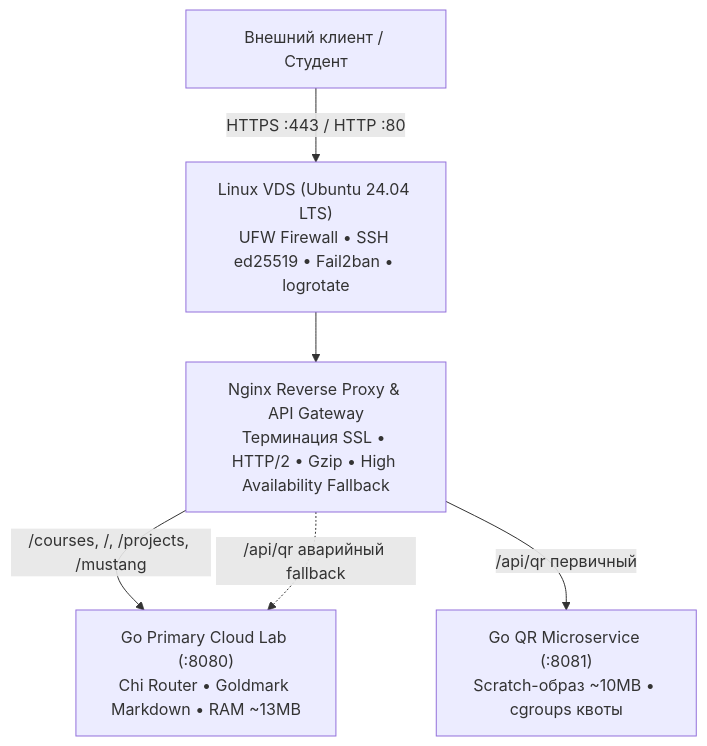
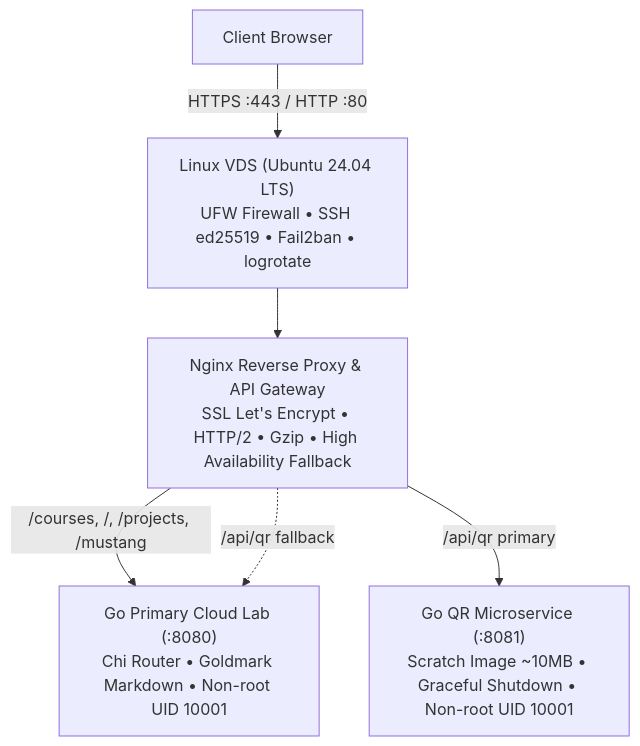
One commit to AndreyJVM/portfolio-service changed the first of 4 diagrams in README.md. Above: the diagram before and after it, drawn with Mermaid. The commit also changed other lines of this file, not shown here.

Commit message:
docs: restructure README with dual-language support (EN/RU) and updated architecture

````diff
--- a/README.md
+++ b/README.md
@@ -43,8 +46,8 @@
 ```mermaid
 flowchart TD
-    Client["Внешний клиент / Студент"] -->|HTTPS :443 / HTTP :80| Host["Linux VDS (Ubuntu 24.04 LTS)<br/>UFW Firewall • SSH ed25519 • Fail2ban • logrotate"]
-    Host --> Nginx["Nginx Reverse Proxy & API Gateway<br/>Терминация SSL • HTTP/2 • Gzip • High Availability Fallback"]
-    Nginx -->|/courses, /, /projects, /mustang| GoApp["Go Primary Cloud Lab (:8080)<br/>Chi Router • Goldmark Markdown • RAM ~13MB"]
-    Nginx -->|/api/qr первичный| GoQR["Go QR Microservice (:8081)<br/>Scratch-образ ~10MB • cgroups квоты"]
-    Nginx -.->|/api/qr аварийный fallback| GoApp
+    Client["Client Browser"] -->|HTTPS :443 / HTTP :80| Host["Linux VDS (Ubuntu 24.04 LTS)<br/>UFW Firewall • SSH ed25519 • Fail2ban • logrotate"]
+    Host --> Nginx["Nginx Reverse Proxy & API Gateway<br/>SSL Let's Encrypt • HTTP/2 • Gzip • High Availability Fallback"]
+    Nginx -->|/courses, /, /projects, /mustang| GoApp["Go Primary Cloud Lab (:8080)<br/>Chi Router • Goldmark Markdown • Non-root UID 10001"]
+    Nginx -->|/api/qr primary| GoQR["Go QR Microservice (:8081)<br/>Scratch Image ~10MB • Graceful Shutdown • Non-root UID 10001"]
+    Nginx -.->|/api/qr fallback| GoApp
 ```
````
